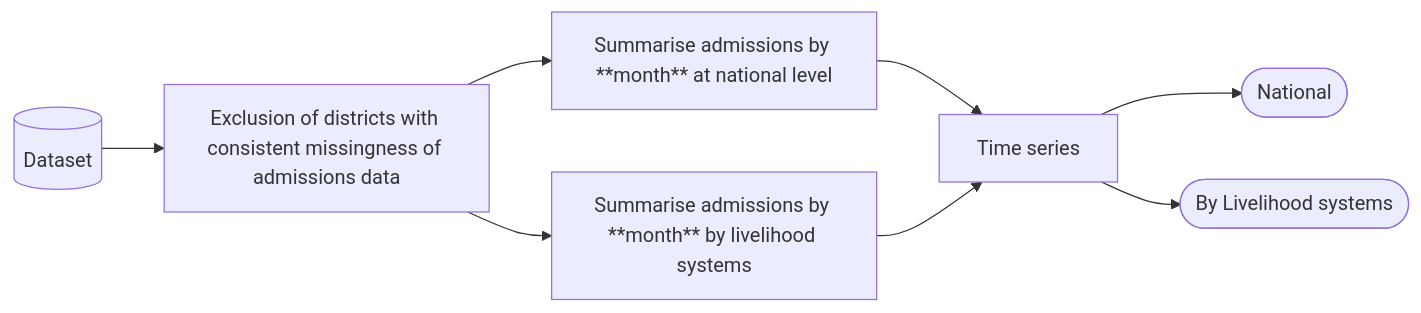
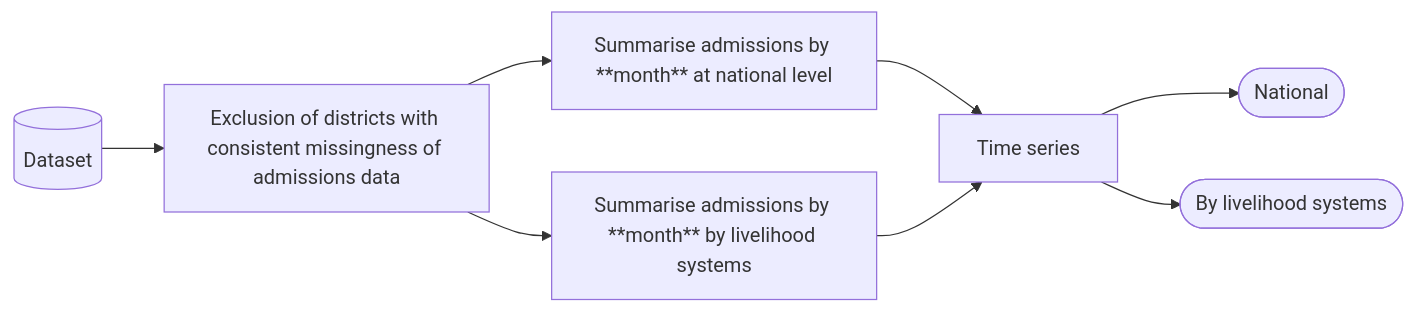
One commit to nutimes/som-sam-admit changed the second of 2 diagrams in report.qmd. Above: the diagram before and after it, drawn with Mermaid. The commit also changed other lines of this file and 1 other file, not shown here.

````diff
--- a/report.qmd
+++ b/report.qmd
@@ -66,17 +66,17 @@
 ```{mermaid}
 %%| label: wrangling-workflow
 %%| fig-cap: Data wrangling workflow
 flowchart LR
     A[(Dataset)]
     B[Exclusion of districts with consistent missingness of admissions data]
     C[Summarise admissions by **month** at national level]
     D[Summarise admissions by **month** by livelihood systems]
     E[Time series]
     F([National])
-    G([By Livelihood systems])
+    G([By livelihood systems])
 
     A --> B --> C --> E
     B --> D --> E
     E --> F
     E --> G
 ```
````
